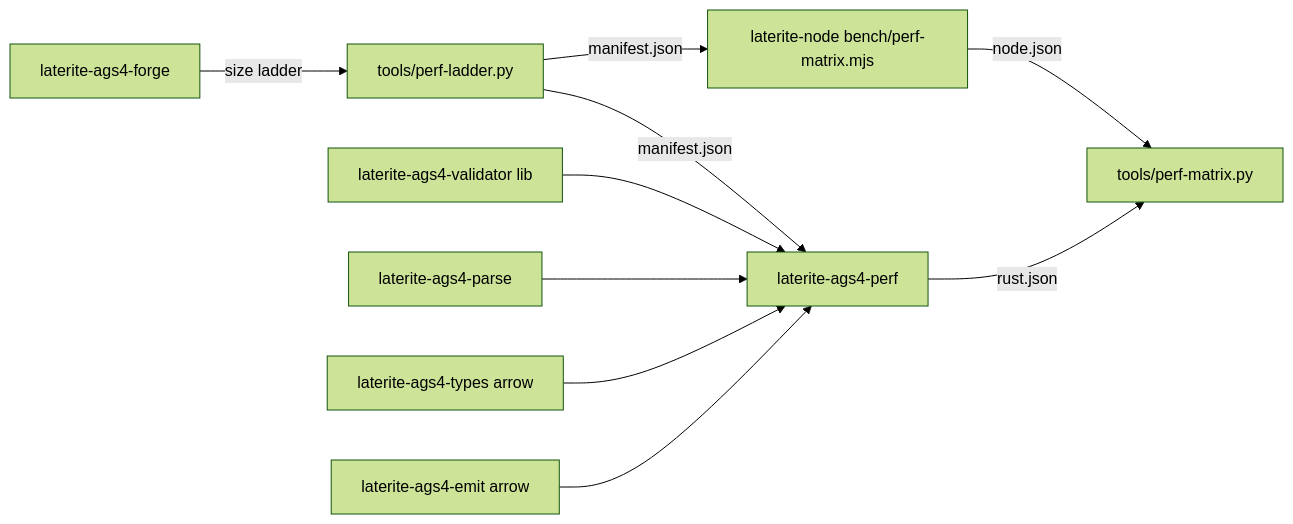
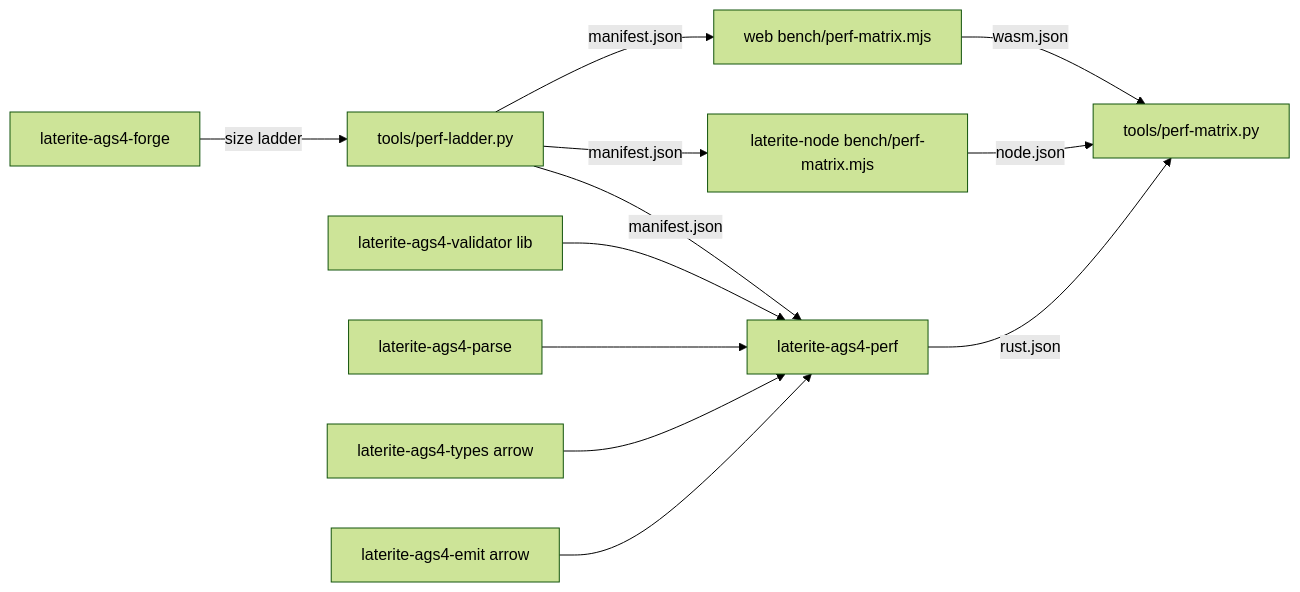
One commit to niko86/laterite changed the diagram in ags-wiki/tools/laterite-ags4-perf.md. Above: the diagram before and after it, drawn with Mermaid (forest theme). The commit also changed other lines of this file and 8 other files, not shown here.

Commit message:
perf: the wasm surface joins the measured ladder — matrix lane with the linear-memory instrument, decided and labelled (#824)

````diff
--- a/ags-wiki/tools/laterite-ags4-perf.md
+++ b/ags-wiki/tools/laterite-ags4-perf.md
@@ -80,12 +80,14 @@
 ```mermaid
 flowchart LR
   forge[laterite-ags4-forge] -->|size ladder| ladder[tools/perf-ladder.py]
   ladder -->|manifest.json| perf[laterite-ags4-perf]
   ladder -->|manifest.json| nodelane[laterite-node bench/perf-matrix.mjs]
+  ladder -->|manifest.json| wasmlane[web bench/perf-matrix.mjs]
   val[laterite-ags4-validator lib] --> perf
   parse[laterite-ags4-parse] --> perf
   types[laterite-ags4-types arrow] --> perf
   emit[laterite-ags4-emit arrow] --> perf
   perf -->|rust.json| matrix[tools/perf-matrix.py]
   nodelane -->|node.json| matrix
+  wasmlane -->|wasm.json| matrix
 ```
````
